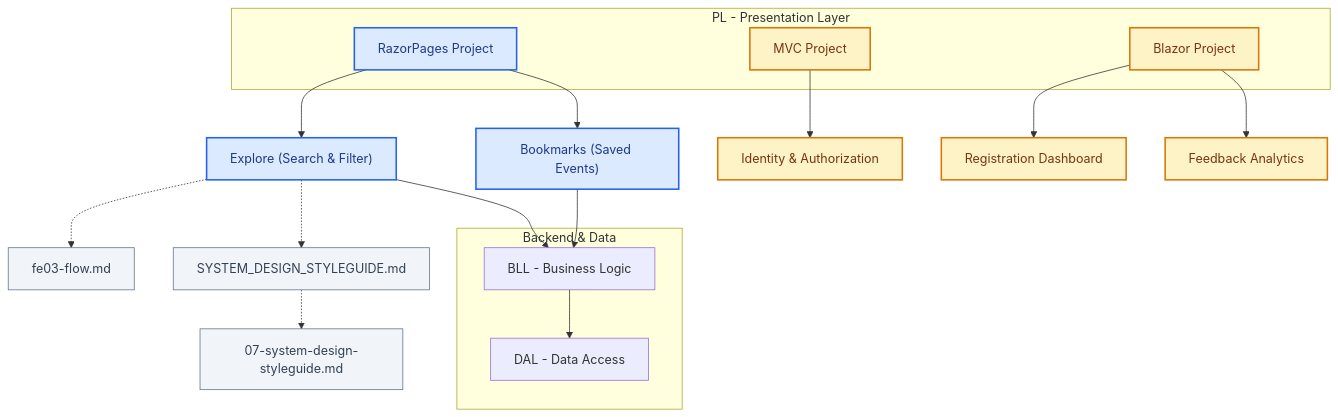
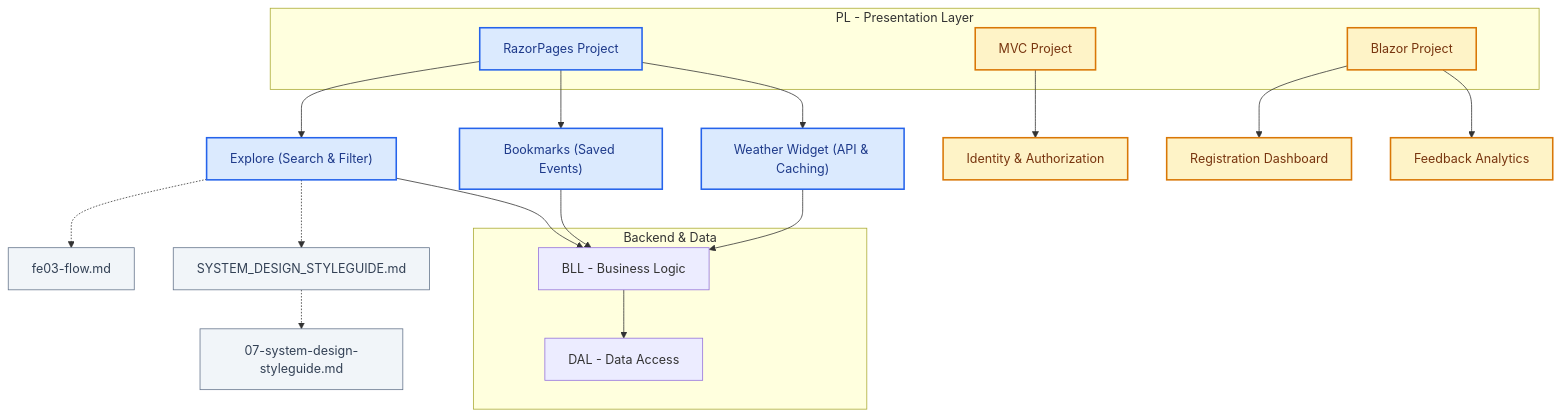
The diagram in .agents/docs/memory-snapshots.md (MinhTCCE190895/EventHub), drawn with Mermaid before and after one commit. The commit also changed other lines of this file and 7 other files, not shown here.

Commit message:
feat: add weather service and widget with cache

````diff
--- a/.agents/docs/memory-snapshots.md
+++ b/.agents/docs/memory-snapshots.md
@@ -5,51 +5,53 @@
 ```mermaid
 graph TD
     %% Define Styles
     classDef completed fill:#dbeafe,stroke:#2563eb,stroke-width:2px,color:#1e3a8a;
     classDef pending fill:#fef3c7,stroke:#d97706,stroke-width:2px,color:#78350f;
     classDef doc fill:#f1f5f9,stroke:#64748b,stroke-width:1px,color:#334155;
 
     %% Project Layers
     subgraph PL [PL - Presentation Layer]
         RP[RazorPages Project]
         MVC[MVC Project]
         BZ[Blazor Project]
     end
 
     subgraph Backend [Backend & Data]
         BLL[BLL - Business Logic]
         DAL[DAL - Data Access]
     end
 
-    %% Modules and Status
     RP_Explore["Explore (Search & Filter)"]:::completed
     RP_Bookmark["Bookmarks (Saved Events)"]:::completed
+    RP_Weather["Weather Widget (API & Caching)"]:::completed
     MVC_Auth["Identity & Authorization"]:::pending
     BZ_Dash["Registration Dashboard"]:::pending
     BZ_Feed["Feedback Analytics"]:::pending
 
     %% Document Connections
     SDG["SYSTEM_DESIGN_STYLEGUIDE.md"]:::doc
     RULES["07-system-design-styleguide.md"]:::doc
     FLOW["fe03-flow.md"]:::doc
 
     %% Relationships
     RP --> RP_Explore
     RP --> RP_Bookmark
+    RP --> RP_Weather
     MVC --> MVC_Auth
     BZ --> BZ_Dash
     BZ --> BZ_Feed
 
     RP_Explore -.-> FLOW
     RP_Explore -.-> SDG
     SDG -.-> RULES
 
     RP_Explore --> BLL
     RP_Bookmark --> BLL
+    RP_Weather --> BLL
     BLL --> DAL
 
     %% Apply Classes to main projects
     RP:::completed
     MVC:::pending
     BZ:::pending
 ```
````
